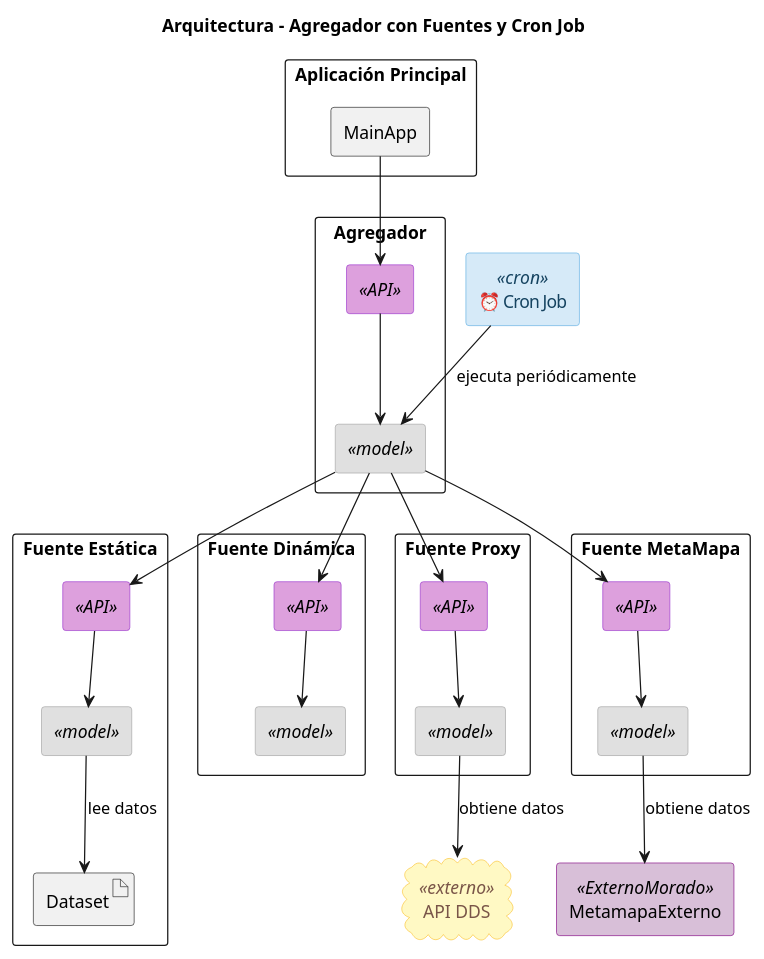
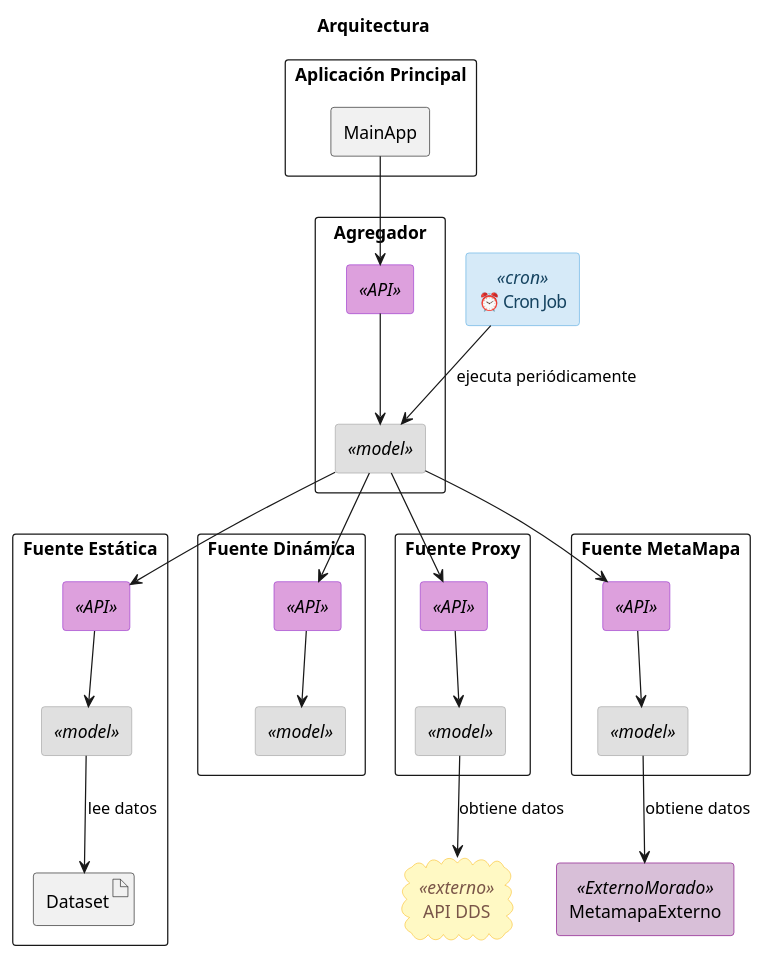
The diagram in diagrams/arquitectura.puml (nicofernandez17/backend-arquitectura-limpia), drawn with PlantUML before and after one commit. The commit also changed 12 other files, not shown here.

```diff
--- a/diagrams/arquitectura.puml
+++ b/diagrams/arquitectura.puml
@@ -1,84 +1,84 @@
 @startuml
-title Arquitectura - Agregador con Fuentes y Cron Job
+title Arquitectura
 
 skinparam componentStyle rectangle
 
 ' ==== Estilos personalizados ====
 skinparam component {
     BackgroundColor<<API>> #DDA0DD
     BorderColor<<API>> #9932CC
     BackgroundColor<<model>> #E0E0E0
     BorderColor<<model>> #A0A0A0
     BackgroundColor<<cron>> #D6EAF8
     BorderColor<<cron>> #5DADE2
     FontColor<<cron>> #154360
     BackgroundColor<<ExternoMorado>> #D8BFD8
     BorderColor<<ExternoMorado>> #800080
 }
 component "MetamapaExterno" <<ExternoMorado>> as MetamapaExterno
 
 
 skinparam cloud {
     BackgroundColor<<externo>> #FFF9C4
     BorderColor<<externo>> #FBC02D
     FontColor<<externo>> #795548
 }
 
 ' ==== Aplicación Principal ====
 component "Aplicación Principal" {
     [MainApp]
 }
 
 ' ==== Agregador ====
 component "Agregador" {
     [ ] <<model>> as AgregadorModel
     component " " <<API>> as AgregadorAPI
     MainApp --> AgregadorAPI
     AgregadorAPI --> AgregadorModel
 }
 
 ' ==== Cron Job con estilo ====
 component "⏰ Cron Job" <<cron>> as CronJob
 CronJob --> AgregadorModel : ejecuta periódicamente
 
 ' ==== Fuente Estática ====
 component "Fuente Estática" {
     [ ] <<model>> as EstaticaModel
     component " " <<API>> as EstaticaAPI
     artifact "Dataset" as EstaticaDataset
     AgregadorModel --> EstaticaAPI
     EstaticaAPI --> EstaticaModel
     EstaticaModel --> EstaticaDataset : lee datos
 }
 
 ' ==== Fuente Dinámica ====
 component "Fuente Dinámica" {
     [ ] <<model>> as DinamicaModel
     component " " <<API>> as DinamicaAPI
     AgregadorModel --> DinamicaAPI
     DinamicaAPI --> DinamicaModel
 }
 
 ' ==== Fuente Proxy ====
 component "Fuente Proxy" {
     [ ] <<model>> as ProxyModel
     component " " <<API>> as ProxyAPI
     AgregadorModel --> ProxyAPI
     ProxyAPI --> ProxyModel
 }
 
 ' ==== metamapa ====
 component "Fuente MetaMapa" {
     [ ] <<model>> as MetamapaModel
     component " " <<API>> as MetamapaApi
     AgregadorModel --> MetamapaApi
     MetamapaApi --> MetamapaModel
 }
 
 ' ==== Servicio Externo (Nube Amarilla) ====
 cloud "API DDS" <<externo>> as ServicioExterno
 ProxyModel --> ServicioExterno : obtiene datos
 
 ' ==== MetaMapa Externo (Rectangulo Morado) ====
 MetamapaModel --> MetamapaExterno : obtiene datos
 @enduml
```
